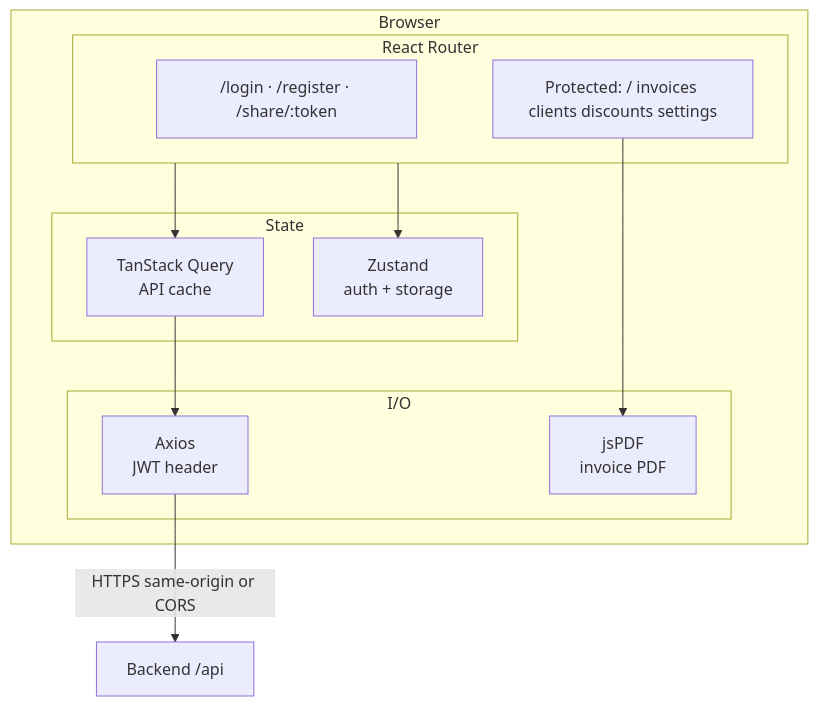
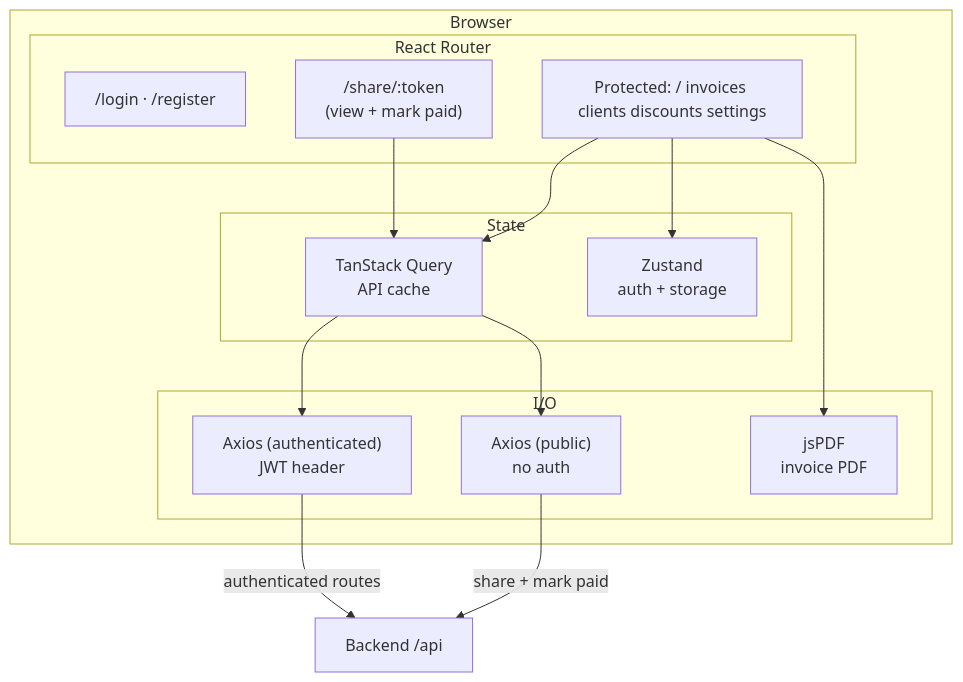
The diagram in docs/frontend/overview.md (becomeonewiththecode/invoicing), drawn with Mermaid before and after one commit. The commit also changed 5 other files, not shown here.

Commit message:
feat: force-delete clients with invoices, updated diagrams and frontend docs

````diff
--- a/docs/frontend/overview.md
+++ b/docs/frontend/overview.md
@@ -24,27 +24,32 @@
 ```mermaid
 flowchart TB
   subgraph Browser
     subgraph Router["React Router"]
-      PUB["/login · /register · /share/:token"]
+      PUB["/login · /register"]
+      SHARE["/share/:token\n(view + mark paid)"]
       PROT["Protected: / invoices clients discounts settings"]
     end
 
     subgraph State["State"]
       RQ["TanStack Query\nAPI cache"]
       ZS["Zustand\nauth + storage"]
     end
 
     subgraph IO["I/O"]
-      AX["Axios\nJWT header"]
+      AX["Axios (authenticated)\nJWT header"]
+      AXPUB["Axios (public)\nno auth"]
       PDF["jsPDF\ninvoice PDF"]
     end
 
-    Router --> RQ
-    Router --> ZS
+    PROT --> RQ
+    PROT --> ZS
+    SHARE --> RQ
     RQ --> AX
+    RQ --> AXPUB
     PROT --> PDF
   end
 
   API["Backend /api"]
-  AX -->|HTTPS same-origin or CORS| API
+  AX -->|authenticated routes| API
+  AXPUB -->|share + mark paid| API
 ```
````
